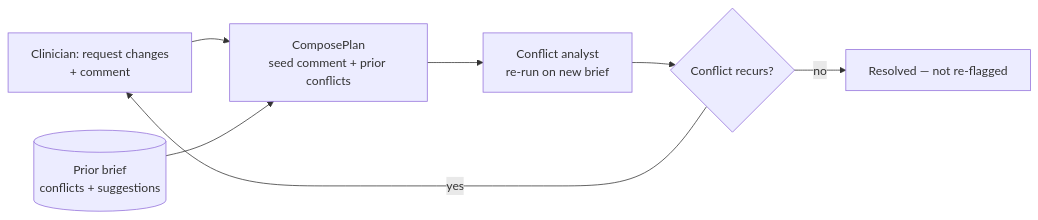
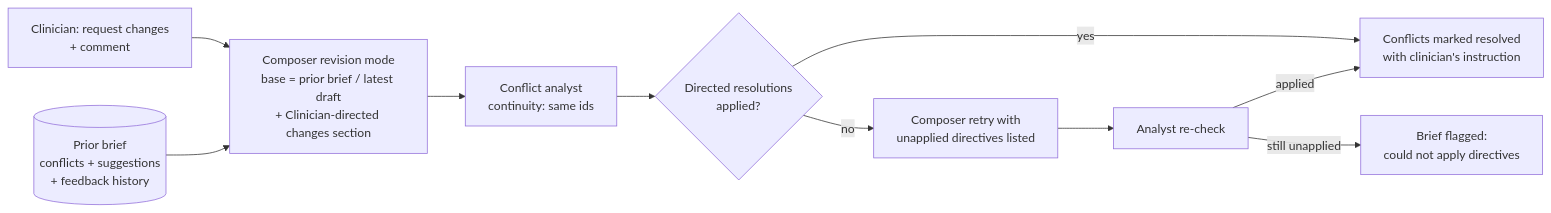
One commit to samschifman/cpg-to-acp changed the second of 2 diagrams in docs/ai-transparency.md. Above: the diagram before and after it, drawn with Mermaid. The commit also changed other lines of this file and 12 other files, not shown here.

````diff
--- a/docs/ai-transparency.md
+++ b/docs/ai-transparency.md
@@ -121,9 +132,12 @@
 ```mermaid
 flowchart LR
-    REV[Clinician: request changes<br/>+ comment] --> COMPOSE[ComposePlan<br/>seed comment + prior conflicts]
-    PRIOR[(Prior brief<br/>conflicts + suggestions)] --> COMPOSE
-    COMPOSE --> ANALYST[Conflict analyst<br/>re-run on new brief]
-    ANALYST --> RESULT{Conflict recurs?}
-    RESULT -->|no| DONE[Resolved — not re-flagged]
-    RESULT -->|yes| REV
+    REV[Clinician: request changes<br/>+ comment] --> COMPOSE[Composer revision mode<br/>base = prior brief / latest draft<br/>+ Clinician-directed changes section]
+    PRIOR[(Prior brief<br/>conflicts + suggestions<br/>+ feedback history)] --> COMPOSE
+    COMPOSE --> ANALYST[Conflict analyst<br/>continuity: same ids]
+    ANALYST --> CHECK{Directed resolutions<br/>applied?}
+    CHECK -->|yes| DONE[Conflicts marked resolved<br/>with clinician's instruction]
+    CHECK -->|no| RETRY[Composer retry with<br/>unapplied directives listed]
+    RETRY --> ANALYST2[Analyst re-check]
+    ANALYST2 -->|applied| DONE
+    ANALYST2 -->|still unapplied| FLAG[Brief flagged:<br/>could not apply directives]
 ```
````
